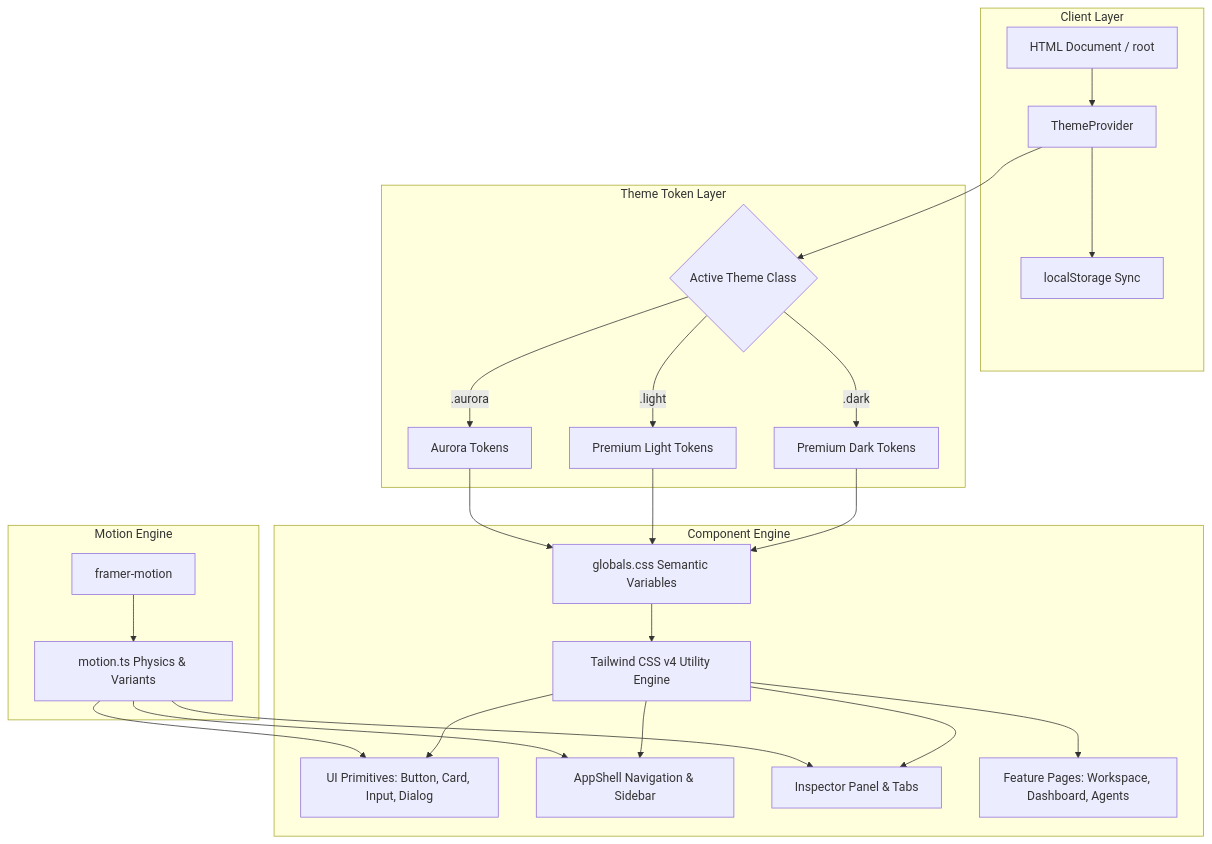
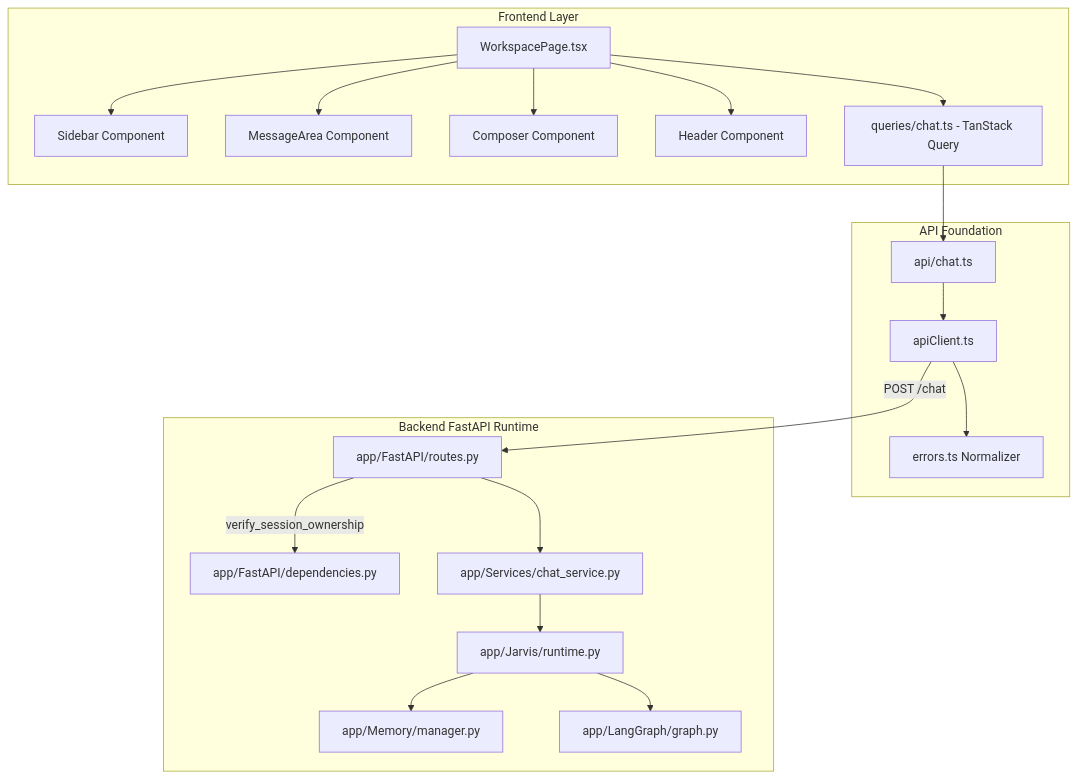
One commit to viratpk15/Jarvis-Virat-AIOS changed the second of 2 diagrams in architecture_diagram.md. Above: the diagram before and after it, drawn with Mermaid. The commit also changed other lines of this file and 29 other files, not shown here.

````diff
--- a/architecture_diagram.md
+++ b/architecture_diagram.md
@@ -3,32 +32,25 @@
 ```mermaid
 graph TD
-    subgraph Client Layer
-        A[HTML Document / root] --> B[ThemeProvider]
-        B --> C[localStorage Sync]
+    subgraph Frontend Layer
+        A[WorkspacePage.tsx] --> B[Sidebar Component]
+        A --> C[MessageArea Component]
+        A --> D[Composer Component]
+        A --> E[Header Component]
+        A --> F[queries/chat.ts - TanStack Query]
     end
 
-    subgraph Theme Token Layer
-        B --> D{Active Theme Class}
-        D -- .dark --> E[Premium Dark Tokens]
-        D -- .light --> F[Premium Light Tokens]
-        D -- .aurora --> G[Aurora Tokens]
+    subgraph API Foundation
+        F --> G[api/chat.ts]
+        G --> H[apiClient.ts]
+        H --> I[errors.ts Normalizer]
     end
 
-    subgraph Component Engine
-        E --> H[globals.css Semantic Variables]
-        F --> H
-        G --> H
-        H --> I[Tailwind CSS v4 Utility Engine]
-        I --> J[UI Primitives: Button, Card, Input, Dialog]
-        I --> K[AppShell Navigation & Sidebar]
-        I --> L[Inspector Panel & Tabs]
-        I --> M[Feature Pages: Workspace, Dashboard, Agents]
-    end
-
-    subgraph Motion Engine
-        N[framer-motion] --> O[motion.ts Physics & Variants]
-        O --> J
-        O --> K
-        O --> L
+    subgraph Backend FastAPI Runtime
+        H -->|POST /chat| J[app/FastAPI/routes.py]
+        J -->|verify_session_ownership| K[app/FastAPI/dependencies.py]
+        J --> L[app/Services/chat_service.py]
+        L --> M[app/Jarvis/runtime.py]
+        M --> N[app/Memory/manager.py]
+        M --> O[app/LangGraph/graph.py]
     end
 ```
````
